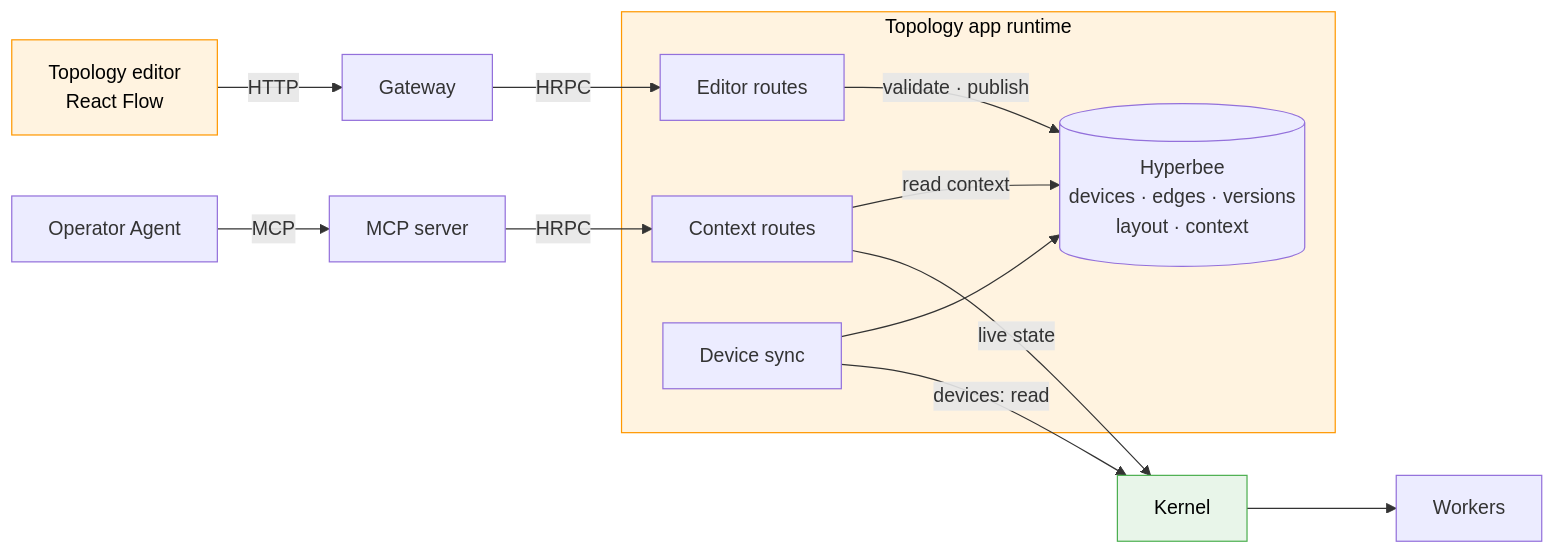
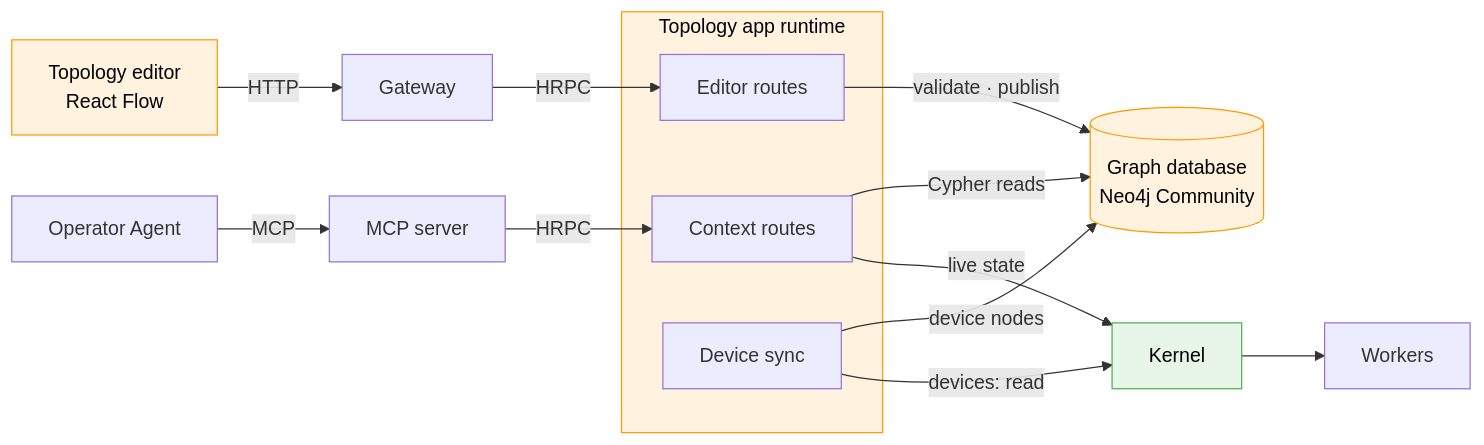
Before and after one commit to ankit-tether/mdk-be: the first of 2 diagrams in docs/hld-site-topology-graph.md, drawn with Mermaid. The commit also changed other lines of this file, not shown here.

Commit message:
Make the graph database the single source of truth in the Site Topology Graph HLD

````diff
--- a/docs/hld-site-topology-graph.md
+++ b/docs/hld-site-topology-graph.md
@@ -33,25 +35,27 @@
 ```mermaid
 flowchart LR
   ED["Topology editor<br/>React Flow"] -->|"HTTP"| GW["Gateway"]
   AG["Operator Agent"] -->|"MCP"| MS["MCP server"]
 
   subgraph APP["Topology app runtime"]
     ER["Editor routes"]
     CR["Context routes"]
     SYNC["Device sync"]
-    HB[("Hyperbee<br/>devices · edges · versions<br/>layout · context")]
   end
+
+  DB[("Graph database<br/>Neo4j Community")]
 
   GW -->|"HRPC"| ER
   MS -->|"HRPC"| CR
-  ER -->|"validate · publish"| HB
-  CR -->|"read context"| HB
-  SYNC --> HB
+  ER -->|"validate · publish"| DB
+  CR -->|"Cypher reads"| DB
+  SYNC -->|"device nodes"| DB
   SYNC -->|"devices: read"| K["Kernel"]
   CR -->|"live state"| K
   K --> W["Workers"]
 
   style ED fill:#fff3e0,stroke:#ff9800,color:#000
   style APP fill:#fff3e0,stroke:#ff9800,color:#000
+  style DB fill:#fff3e0,stroke:#ff9800,color:#000
   style K fill:#e8f5e9,stroke:#4caf50,color:#000
 ```
````
